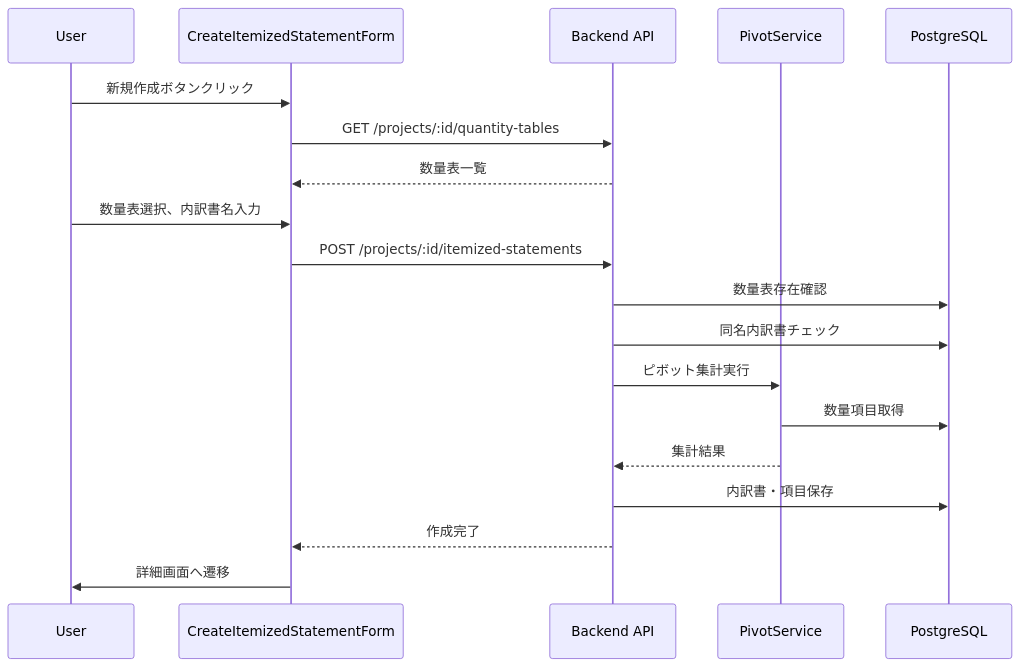
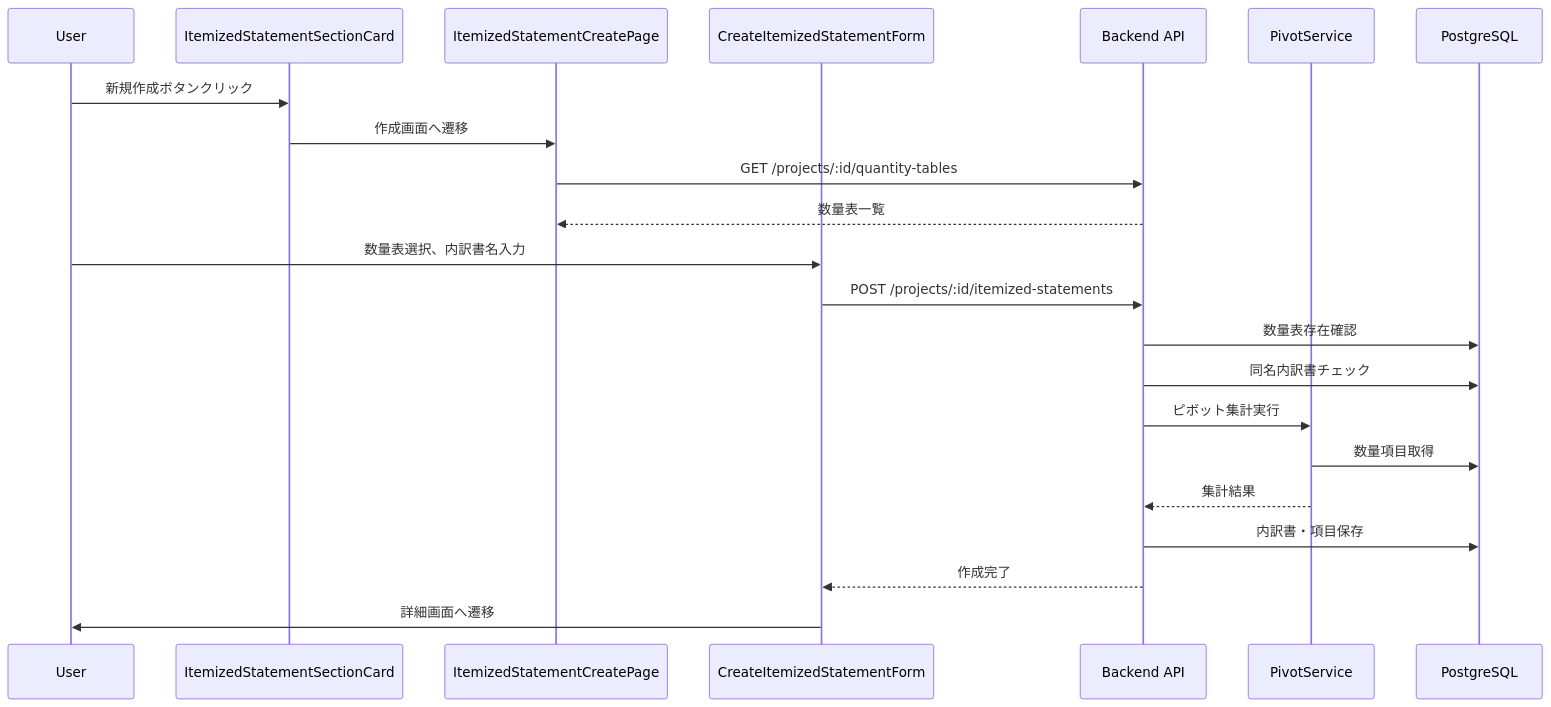
One commit to inakanou/ArchiTrack changed the second of 7 diagrams in .kiro/specs/itemized-statement-generation/design.md. Above: the diagram before and after it, drawn with Mermaid. The commit also changed other lines of this file and 3 other files, not shown here.

````diff
--- a/.kiro/specs/itemized-statement-generation/design.md
+++ b/.kiro/specs/itemized-statement-generation/design.md
@@ -100,22 +105,25 @@
 ```mermaid
 sequenceDiagram
     participant User
+    participant SectionCard as ItemizedStatementSectionCard
+    participant CreatePage as ItemizedStatementCreatePage
     participant Form as CreateItemizedStatementForm
     participant API as Backend API
     participant Pivot as PivotService
     participant DB as PostgreSQL
 
-    User->>Form: 新規作成ボタンクリック
-    Form->>API: GET /projects/:id/quantity-tables
-    API-->>Form: 数量表一覧
+    User->>SectionCard: 新規作成ボタンクリック
+    SectionCard->>CreatePage: 作成画面へ遷移
+    CreatePage->>API: GET /projects/:id/quantity-tables
+    API-->>CreatePage: 数量表一覧
     User->>Form: 数量表選択、内訳書名入力
     Form->>API: POST /projects/:id/itemized-statements
     API->>DB: 数量表存在確認
     API->>DB: 同名内訳書チェック
     API->>Pivot: ピボット集計実行
     Pivot->>DB: 数量項目取得
     Pivot-->>API: 集計結果
     API->>DB: 内訳書・項目保存
     API-->>Form: 作成完了
     Form->>User: 詳細画面へ遷移
 ```
````
